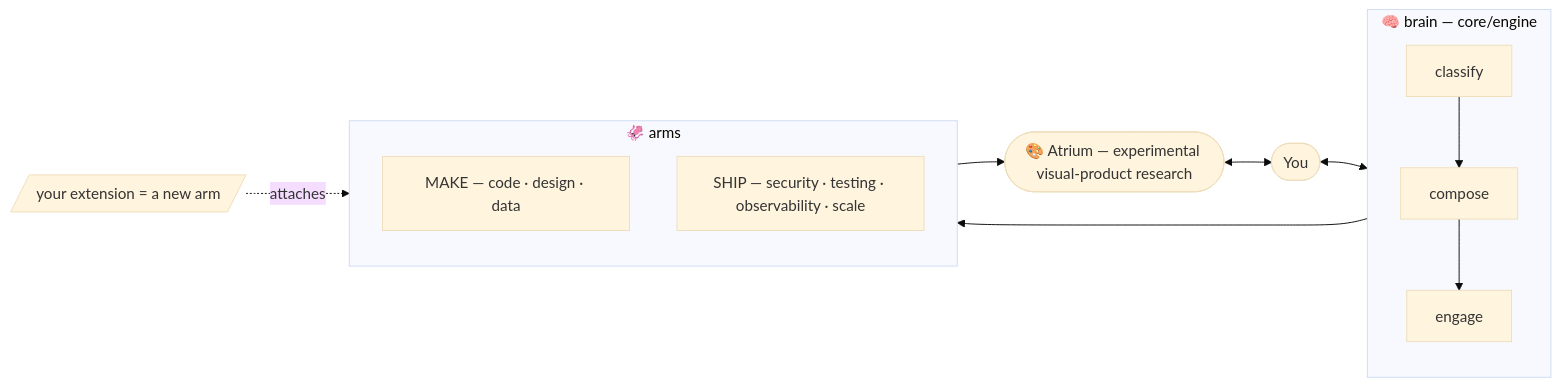
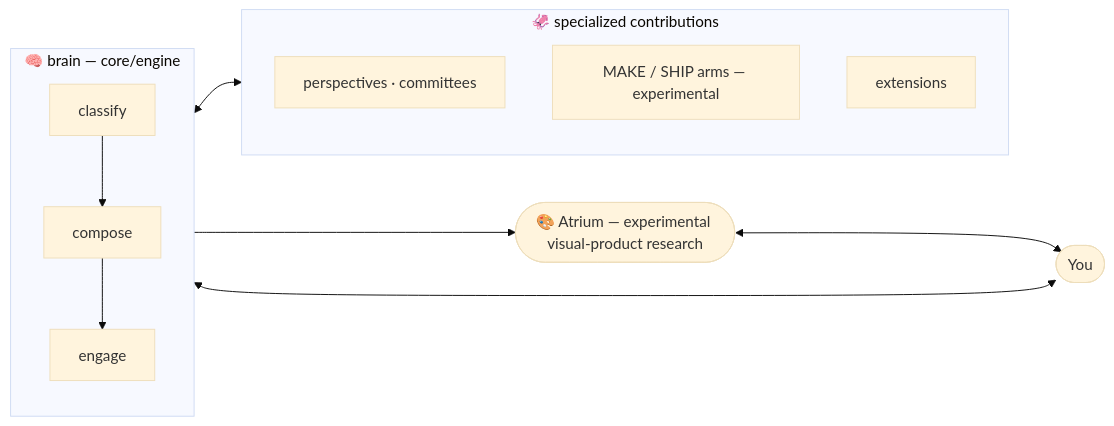
One commit to augmented-cognition-engine/core changed the diagram in README.md. Above: the diagram before and after it, drawn with Mermaid (base theme). The commit also changed other lines of this file and 5 other files, not shown here.

````diff
--- a/README.md
+++ b/README.md
@@ -45,17 +52,17 @@
 ```mermaid
 flowchart LR
     H([You]) <--> B
     subgraph B["🧠 brain — core/engine"]
         direction TB
         classify --> compose --> engage
     end
-    B --> A
-    subgraph A["🦑 arms"]
+    B <--> A
+    subgraph A["🦑 specialized contributions"]
         direction TB
-        MAKE["MAKE — code · design · data"]
-        SHIP["SHIP — security · testing · observability · scale"]
+        PERSPECTIVES["perspectives · committees"]
+        ARMS["MAKE / SHIP arms — experimental"]
+        EXTENSIONS["extensions"]
     end
-    A --> S([🎨 Atrium — experimental visual-product research])
+    B --> S([🎨 Atrium — experimental visual-product research])
     S <--> H
-    EXT[/your extension = a new arm/] -.attaches.-> A
 ```
````
